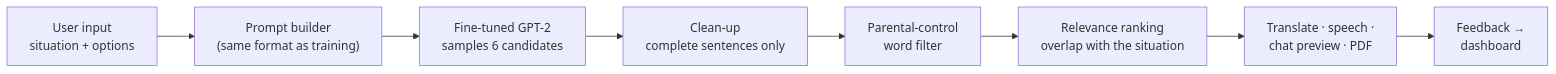
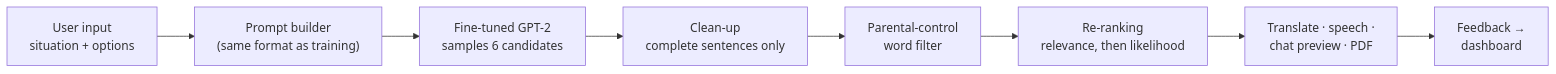
The diagram in README.md (soham200521/Excusify), drawn with Mermaid before and after one commit. The commit also changed other lines of this file and 2 other files, not shown here.

````diff
--- a/README.md
+++ b/README.md
@@ -29,10 +29,10 @@
 ```mermaid
 flowchart LR
     A["User input<br/>situation + options"] --> B["Prompt builder<br/>(same format as training)"]
     B --> C["Fine-tuned GPT-2<br/>samples 6 candidates"]
     C --> D["Clean-up<br/>complete sentences only"]
     D --> E["Parental-control<br/>word filter"]
-    E --> F["Relevance ranking<br/>overlap with the situation"]
+    E --> F["Re-ranking<br/>relevance, then likelihood"]
     F --> G["Translate · speech ·<br/>chat preview · PDF"]
     G --> H["Feedback →<br/>dashboard"]
 ```
````
